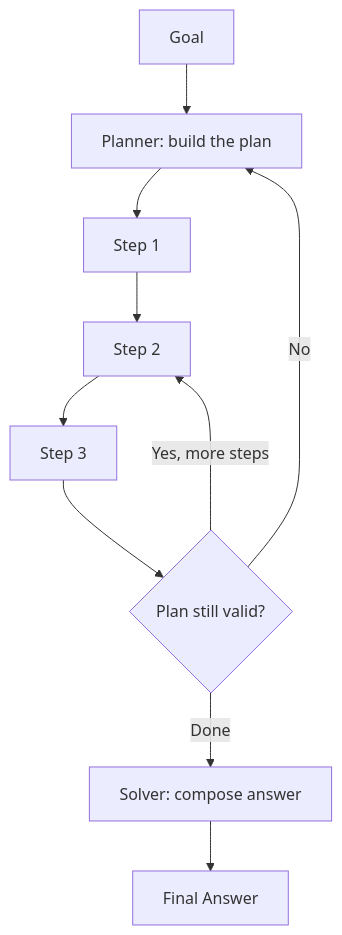
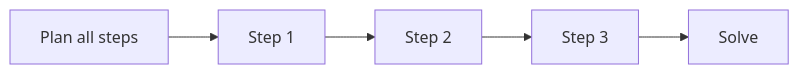
One commit to AceronX/ai-agent-roadmap changed the second of 4 diagrams in docs/stages/08-agent-architectures/planner-executor/index.md. Above: the diagram before and after it, drawn with Mermaid. The commit also changed other lines of this file and 2 other files, not shown here.

First line of the commit message:
docs: enrich planner-executor page and align stage 08 ordering

````diff
--- a/docs/stages/08-agent-architectures/planner-executor/index.md
+++ b/docs/stages/08-agent-architectures/planner-executor/index.md
@@ -94,12 +101,7 @@
 ```mermaid
-flowchart TD
-    G[Goal] --> P[Planner: build the plan]
-    P --> S1[Step 1]
+flowchart LR
+    P[Plan all steps] --> S1[Step 1]
     S1 --> S2[Step 2]
     S2 --> S3[Step 3]
-    S3 --> C{Plan still valid?}
-    C -->|Yes, more steps| S2
-    C -->|No| P
-    C -->|Done| SOL[Solver: compose answer]
-    SOL --> A[Final Answer]
+    S3 --> SO[Solve]
 ```
````
